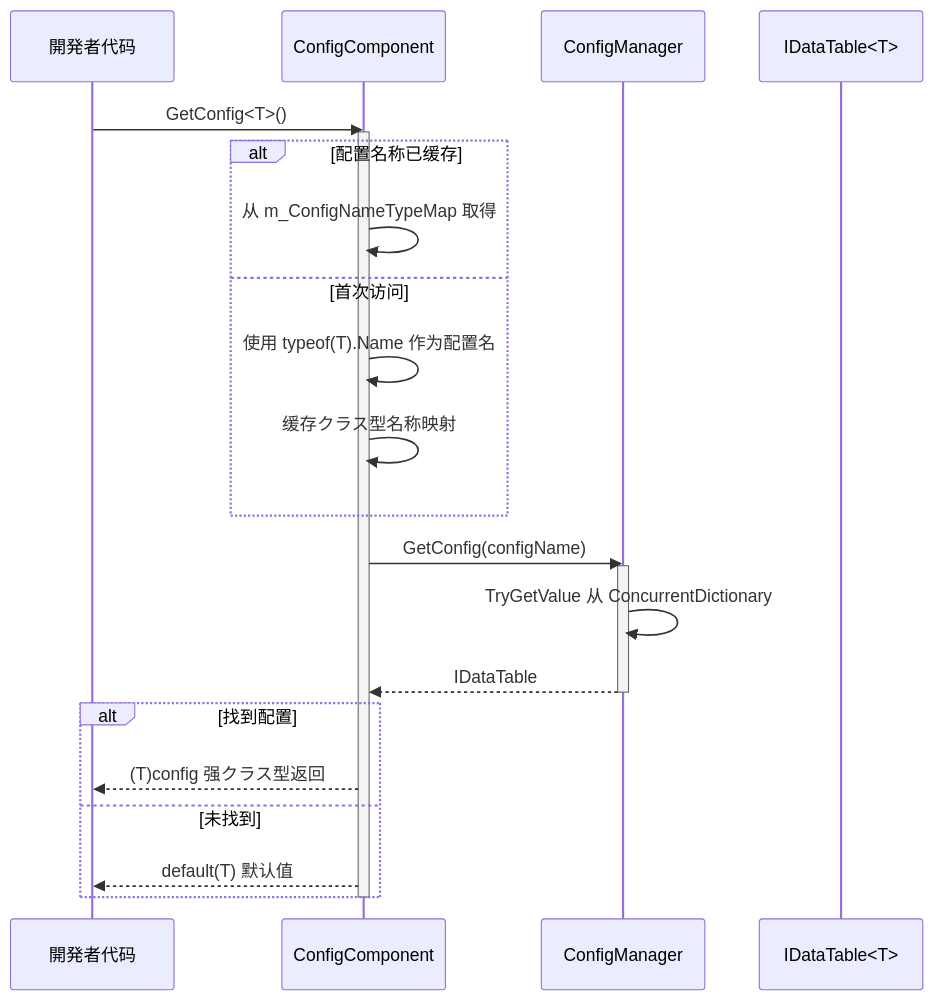
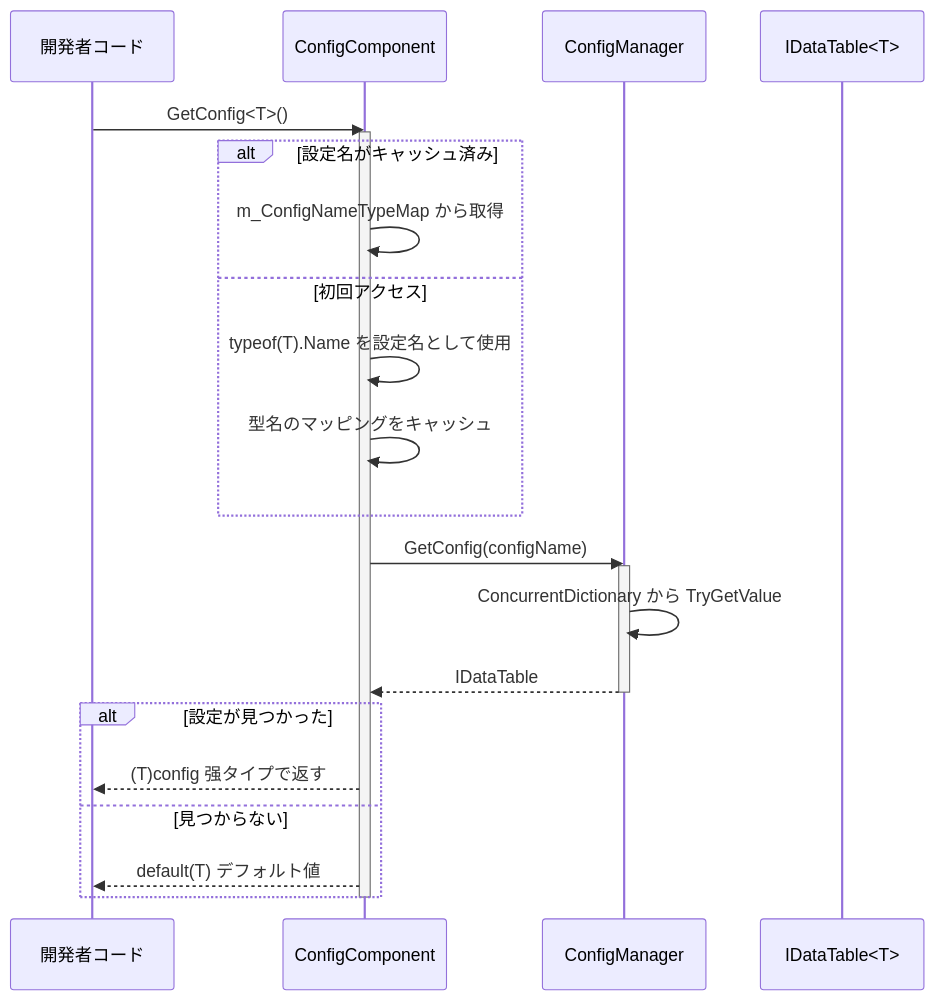
The second of 3 diagrams in docs/ja/client/unity/component/config/10.config-component.md (AlianBlank/GameFrameX.Docs), drawn with Mermaid before and after one commit. The commit also changed other lines of this file and 320 other files, not shown here.

````diff
--- a/docs/ja/client/unity/component/config/10.config-component.md
+++ b/docs/ja/client/unity/component/config/10.config-component.md
@@ -50,31 +50,31 @@
 ```mermaid
 sequenceDiagram
-    participant Dev as 開発者代码
+    participant Dev as 開発者コード
     participant CC as ConfigComponent
     participant CM as ConfigManager
     participant DT as IDataTable<T>
 
     Dev->>CC: GetConfig<T>()
     activate CC
     
-    alt 配置名称已缓存
-        CC->>CC: 从 m_ConfigNameTypeMap 取得
-    else 首次访问
-        CC->>CC: 使用 typeof(T).Name 作为配置名
-        CC->>CC: 缓存クラス型名称映射
+    alt 設定名がキャッシュ済み
+        CC->>CC: m_ConfigNameTypeMap から取得
+    else 初回アクセス
+        CC->>CC: typeof(T).Name を設定名として使用
+        CC->>CC: 型名のマッピングをキャッシュ
     end
     
     CC->>CM: GetConfig(configName)
     activate CM
-    CM->>CM: TryGetValue 从 ConcurrentDictionary
+    CM->>CM: ConcurrentDictionary から TryGetValue
     CM-->>CC: IDataTable
     deactivate CM
     
-    alt 找到配置
-        CC-->>Dev: (T)config 强クラス型返回
-    else 未找到
-        CC-->>Dev: default(T) 默认值
+    alt 設定が見つかった
+        CC-->>Dev: (T)config 强タイプで返す
+    else 見つからない
+        CC-->>Dev: default(T) デフォルト値
     end
     
     deactivate CC
 ```
````
